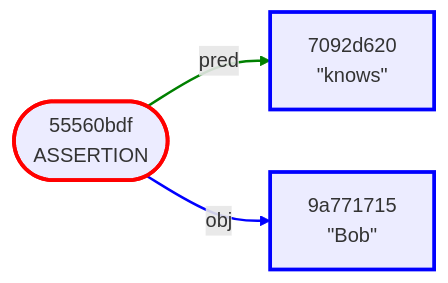
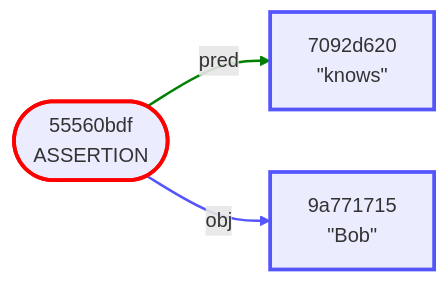
Before and after one commit to BlockchainCommons/BCSwiftSecureComponents: the fifth of 12 diagrams in Docs/04-MERMAID-OUTPUT.md, drawn with Mermaid. The commit also changed other lines of this file and 1 other file, not shown here.

Commit message:
Refined blue for Mermaid output.

````diff
--- a/Docs/04-MERMAID-OUTPUT.md
+++ b/Docs/04-MERMAID-OUTPUT.md
@@ -158,13 +158,13 @@
 ```mermaid
 graph LR
     1(["55560bdf<br/>ASSERTION"])
     2["7092d620<br/>#quot;knows#quot;"]
     3["9a771715<br/>#quot;Bob#quot;"]
     1 -->|pred| 2
     1 -->|obj| 3
     style 1 stroke:red,stroke-width:3.0px
-    style 2 stroke:blue,stroke-width:3.0px
-    style 3 stroke:blue,stroke-width:3.0px
+    style 2 stroke:#55f,stroke-width:3.0px
+    style 3 stroke:#55f,stroke-width:3.0px
     linkStyle 0 stroke:green,stroke-width:2.0px
-    linkStyle 1 stroke:blue,stroke-width:2.0px
+    linkStyle 1 stroke:#55f,stroke-width:2.0px
 ```
````
